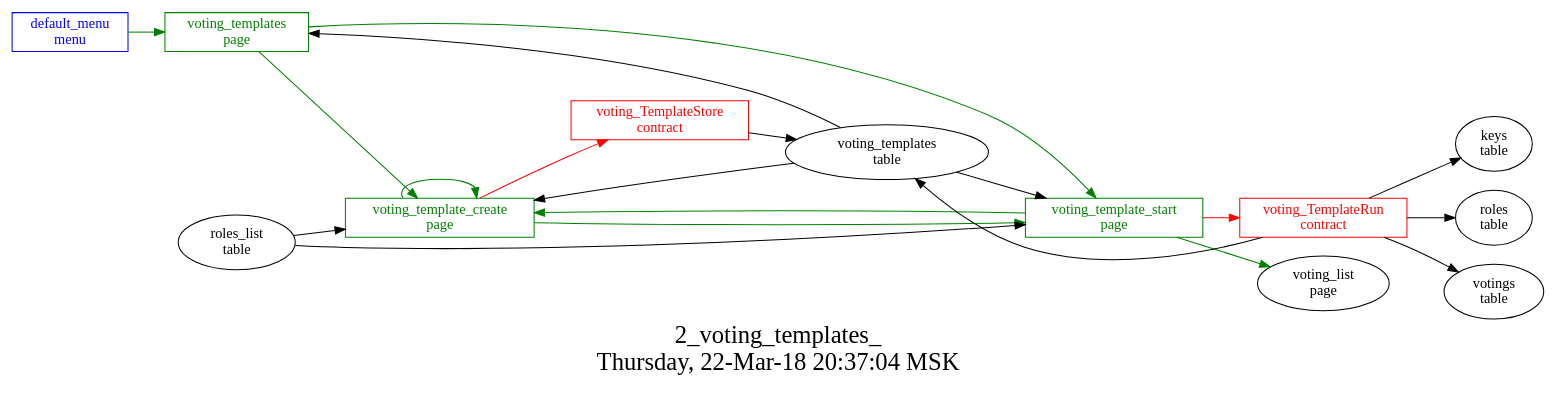
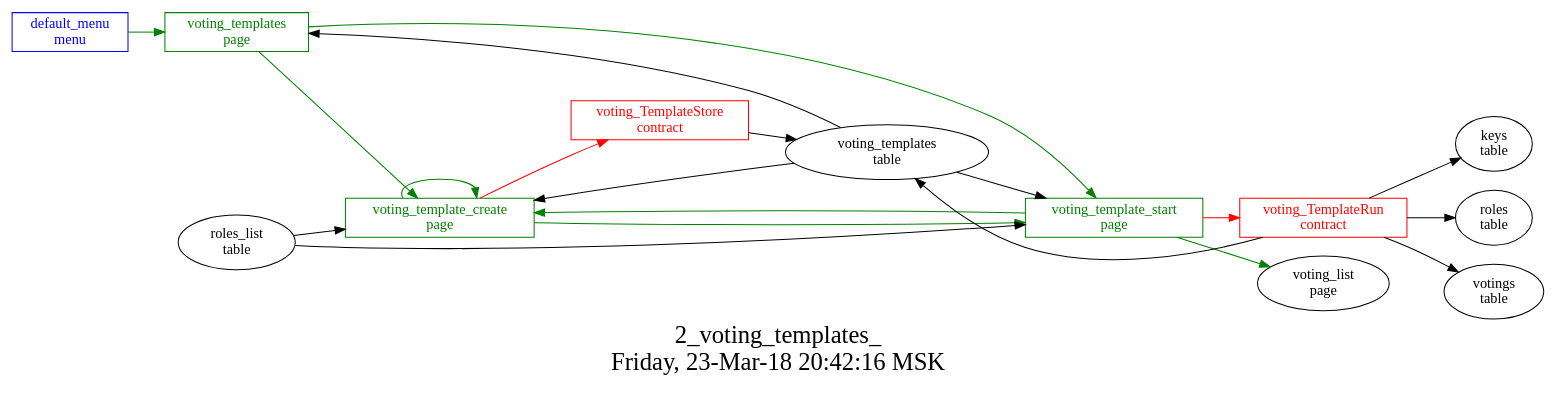
Before and after one commit to AplaProject/apps: the diagram in src/basic/basic_main/2_voting_templates_json/struct.dot, drawn with Graphviz. The commit also changed 4 other files, not shown here.

```diff
--- a/src/basic/basic_main/2_voting_templates_json/struct.dot
+++ b/src/basic/basic_main/2_voting_templates_json/struct.dot
@@ -1,36 +1,36 @@
 digraph G {
 graph [
   fontsize="24";
-  label="2_voting_templates_\nThursday, 22-Mar-18 20:37:04 MSK";
+  label="2_voting_templates_\nFriday, 23-Mar-18 20:42:16 MSK";
   nojustify=true;
   ordering=out;
   rankdir=LR;
   size="30";
 ];
 "default_menu\nmenu" -> "voting_templates\npage"  [ color=green ]
 "default_menu\nmenu" [color=blue, fontcolor=blue, group=menus, shape=record];
 "voting_template_create\npage" -> "voting_TemplateStore\ncontract"  [ color=red ]
 "voting_templates\ntable" -> "voting_template_create\npage"  [ color="" ]
 "roles_list\ntable" -> "voting_template_create\npage"  [ color="" ]
 "voting_template_create\npage" -> "voting_template_create\npage"  [ color=green ]
 "voting_template_create\npage" -> "voting_template_start\npage"  [ color=green ]
 "voting_template_create\npage" [color=green, fontcolor=green, group=pages, shape=record];
 "voting_template_start\npage" -> "voting_TemplateRun\ncontract"  [ color=red ]
 "voting_templates\ntable" -> "voting_template_start\npage"  [ color="" ]
 "roles_list\ntable" -> "voting_template_start\npage"  [ color="" ]
 "voting_template_start\npage" -> "voting_template_create\npage"  [ color=green ]
 "voting_template_start\npage" -> "voting_list\npage"  [ color=green ]
 "voting_template_start\npage" [color=green, fontcolor=green, group=pages, shape=record];
 "voting_templates\ntable" -> "voting_templates\npage"  [ color="" ]
 "voting_templates\npage" -> "voting_template_start\npage"  [ color=green ]
 "voting_templates\npage" -> "voting_template_create\npage"  [ color=green ]
 "voting_templates\npage" [color=green, fontcolor=green, group=pages, shape=record];
 "voting_TemplateRun\ncontract" -> "voting_templates\ntable"  [ color="" ]
 "voting_TemplateRun\ncontract" -> "keys\ntable"  [ color="" ]
 "voting_TemplateRun\ncontract" -> "roles\ntable"  [ color="" ]
 "voting_TemplateRun\ncontract" -> "votings\ntable"  [ color="" ]
 "voting_TemplateRun\ncontract" [color=red, fontcolor=red, group=contracts, shape=record];
 "voting_TemplateStore\ncontract" -> "voting_templates\ntable"  [ color="" ]
 "voting_TemplateStore\ncontract" [color=red, fontcolor=red, group=contracts, shape=record];
 "voting_templates\ntable" [color="", fontcolor="", group=tables, shape=""];
 }
```
